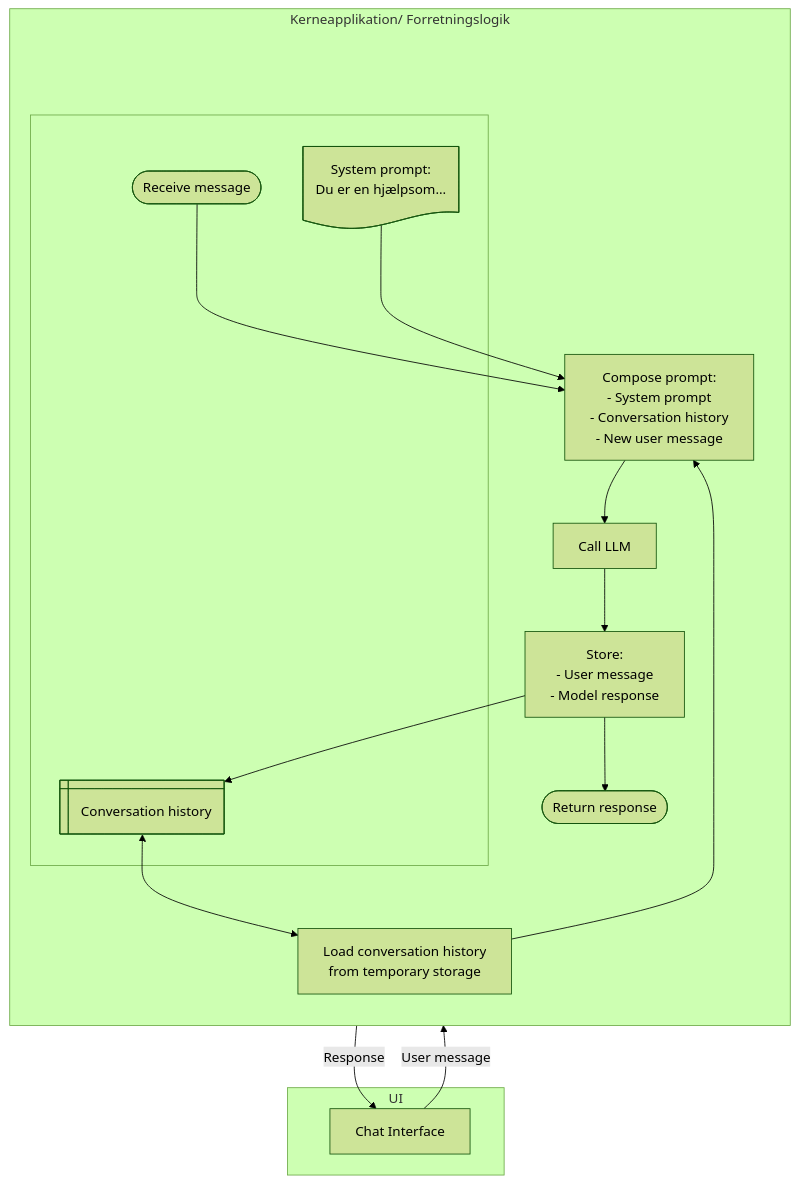
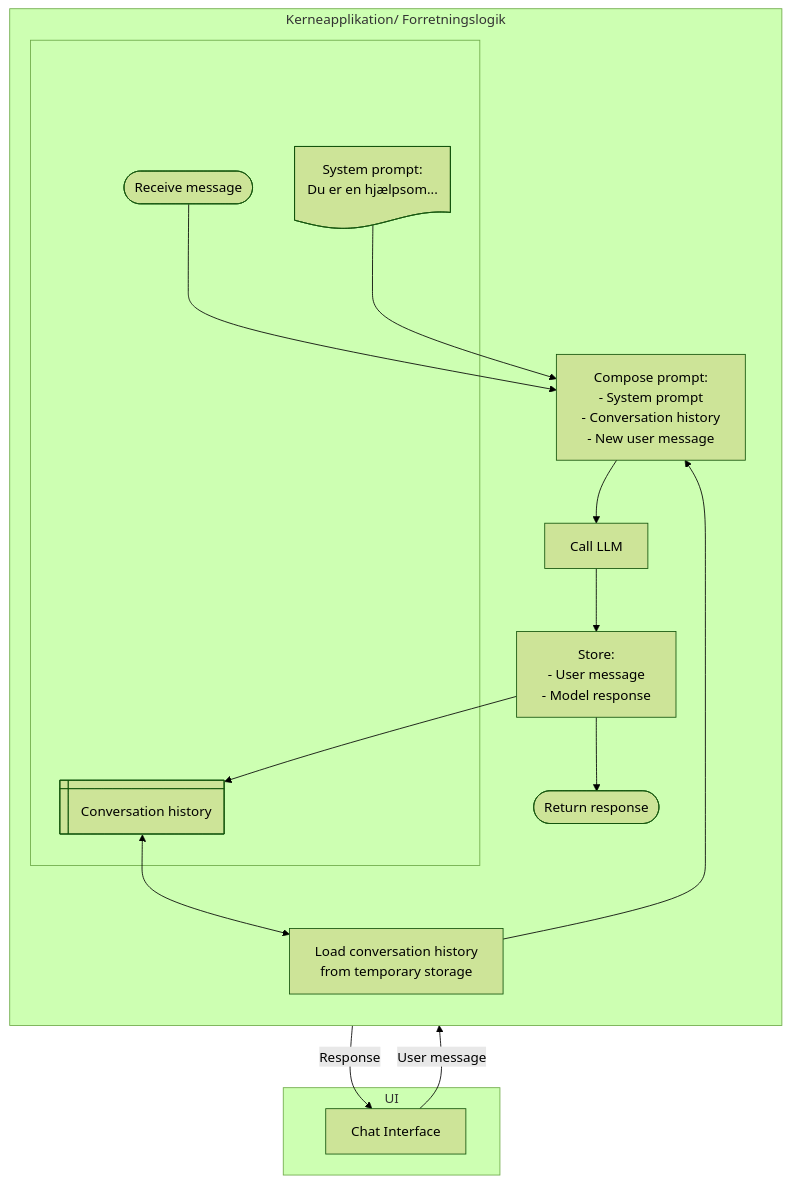
The diagram in docs/minimumskrav/AI_loesningseksempler/simpleste_chat.md (OS2sandbox/public-genai-governance), drawn with Mermaid (forest theme) before and after one commit.

Commit message:
try again

````diff
--- a/docs/minimumskrav/AI_loesningseksempler/simpleste_chat.md
+++ b/docs/minimumskrav/AI_loesningseksempler/simpleste_chat.md
@@ -6,50 +6,53 @@
 ```mermaid
 flowchart TD
     classDef inViz fill:None,stroke-width:0px;
 
     subgraph UI["UI"]
         chat["Chat Interface"]
     end
 
     chat -->|User message| start
 
     subgraph core["Kerneapplikation/ Forretningslogik"]
         direction TB
         
-        inVizAnchor:::inViz@{shape: junction}
-        
         subgraph inputSrcs[" "]
+
+            inVizAnchor:::inViz@{shape: junction}
+
             storage@{ shape: win-pane, label: "Conversation history" }
             start([Receive message])
             prompt@{ shape: doc, label: "System prompt: 
-                                         Du er en hjælpsom..." }     
+                                         Du er en hjælpsom..." }
+                                         
+            inVizAnchor ~~~ storage 
+            inVizAnchor ~~~ start
+            inVizAnchor ~~~ prompt
+        
+
         end
         
         ctx["Load conversation history
              from temporary storage"]
              
         compose["Compose prompt:
                 - System prompt
                 - Conversation history
                 - New user message"]
 
         callModel["Call LLM"]
 
         store["Store:
                - User message
                - Model response"]
 
         respond([Return response])
 
-        inVizAnchor ~~~ storage 
-        inVizAnchor ~~~ start
-        inVizAnchor ~~~ prompt
-        
         storage <--> ctx --> compose
         start ---> compose --> callModel --> store --> respond
         prompt ---> compose
         store --> storage
     end
 
     respond -->|Response| chat
 ```
````
